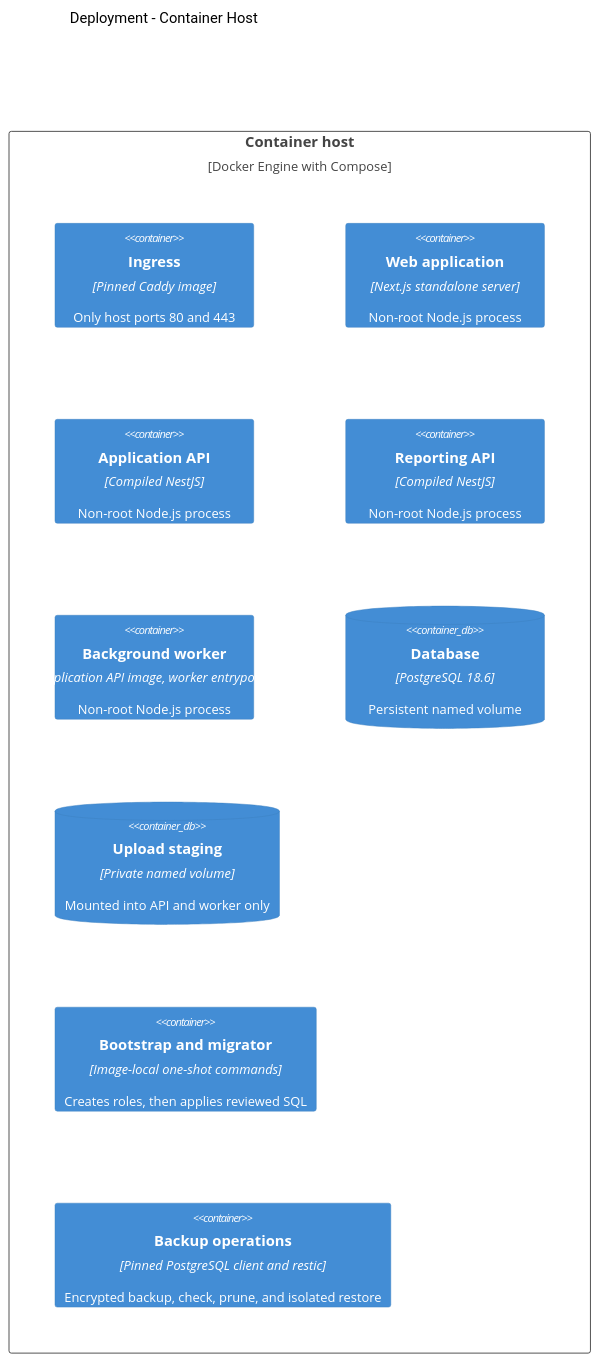
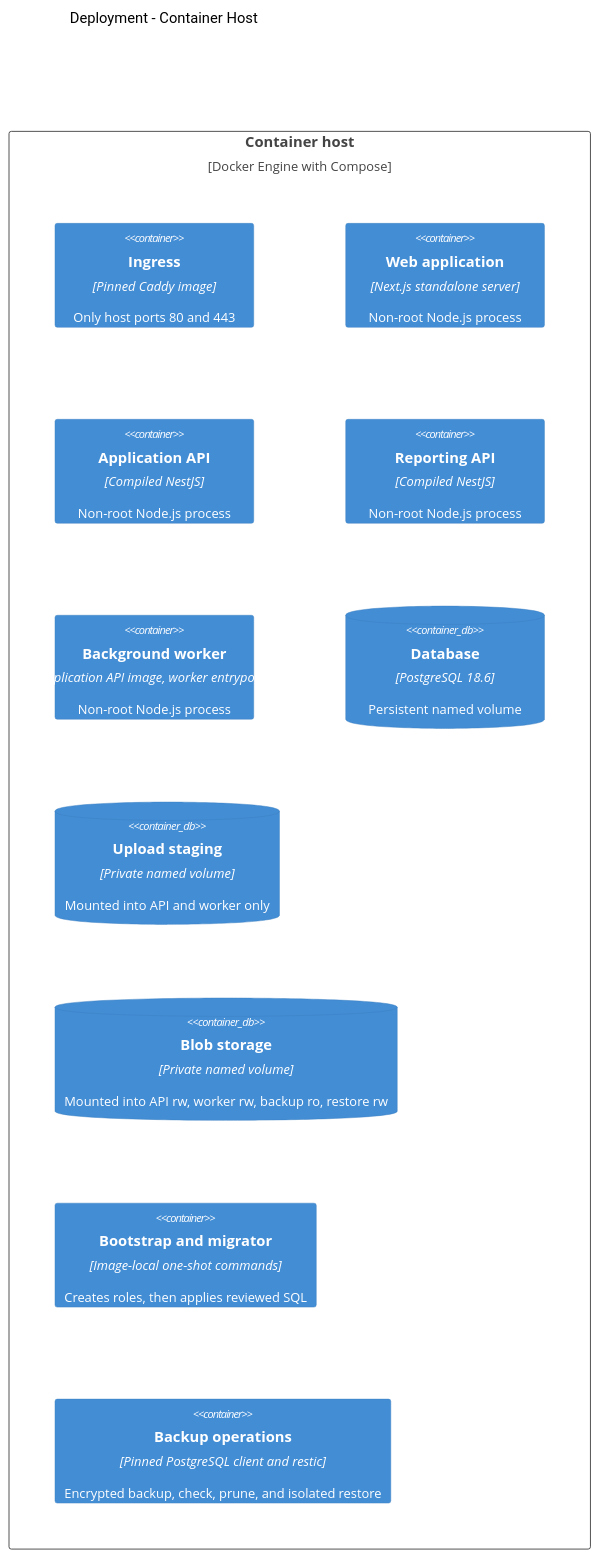
One commit to hlebtkachenko/analytics changed the fourth of 4 diagrams in ARCHITECTURE.md. Above: the diagram before and after it, drawn with Mermaid (neutral theme). The commit also changed other lines of this file and 90 other files, not shown here.

````diff
--- a/ARCHITECTURE.md
+++ b/ARCHITECTURE.md
@@ -204,16 +218,17 @@
 ```mermaid
 C4Deployment
   title Deployment - Container Host
 
   Deployment_Node(host, "Container host", "Docker Engine with Compose") {
     Container(caddy, "Ingress", "Pinned Caddy image", "Only host ports 80 and 443")
     Container(web, "Web application", "Next.js standalone server", "Non-root Node.js process")
     Container(api, "Application API", "Compiled NestJS", "Non-root Node.js process")
     Container(reporting, "Reporting API", "Compiled NestJS", "Non-root Node.js process")
     Container(worker, "Background worker", "Application API image, worker entrypoint", "Non-root Node.js process")
     ContainerDb(database, "Database", "PostgreSQL 18.6", "Persistent named volume")
     ContainerDb(staging, "Upload staging", "Private named volume", "Mounted into API and worker only")
+    ContainerDb(blobs, "Blob storage", "Private named volume", "Mounted into API rw, worker rw, backup ro, restore rw")
     Container(bootstrap, "Bootstrap and migrator", "Image-local one-shot commands", "Creates roles, then applies reviewed SQL")
     Container(backup, "Backup operations", "Pinned PostgreSQL client and restic", "Encrypted backup, check, prune, and isolated restore")
   }
 ```
````
